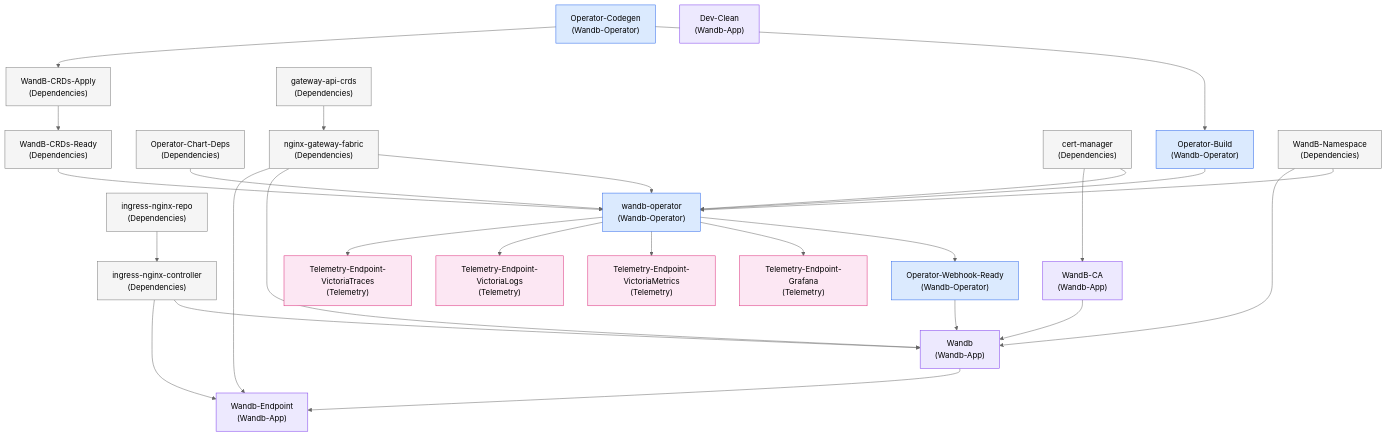
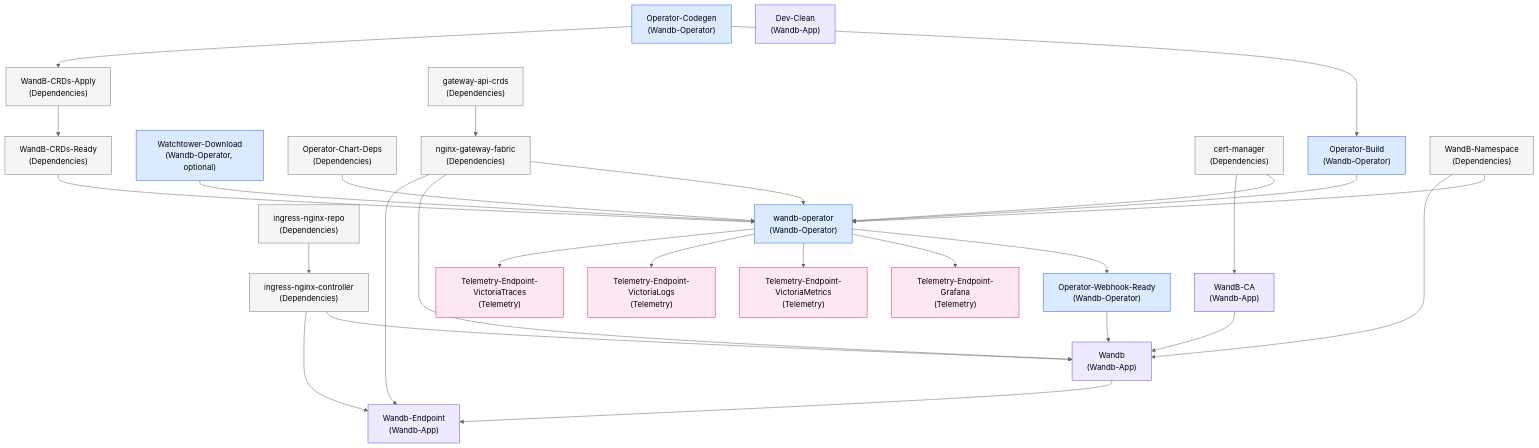
One commit to wandb/operator changed the diagram in docs/design/wandb_v2/tilt.md. Above: the diagram before and after it, drawn with Mermaid (neutral theme). The commit also changed other lines of this file and 3 other files, not shown here.

````diff
--- a/docs/design/wandb_v2/tilt.md
+++ b/docs/design/wandb_v2/tilt.md
@@ -22,69 +35,71 @@
 ```mermaid
 graph TD
     %% Bootstrap and dependencies
     operator_codegen["Operator-Codegen\n(Wandb-Operator)"]
     operator_build["Operator-Build\n(Wandb-Operator)"]
+    watchtower_download["Watchtower-Download\n(Wandb-Operator, optional)"]
     operator_chart_deps["Operator-Chart-Deps\n(Dependencies)"]
     wandb_crds_apply["WandB-CRDs-Apply\n(Dependencies)"]
     wandb_crds_ready["WandB-CRDs-Ready\n(Dependencies)"]
     cert_manager["cert-manager\n(Dependencies)"]
     gateway_api_crds["gateway-api-crds\n(Dependencies)"]
     nginx_gateway_fabric["nginx-gateway-fabric\n(Dependencies)"]
     ingress_nginx_repo["ingress-nginx-repo\n(Dependencies)"]
     ingress_nginx_controller["ingress-nginx-controller\n(Dependencies)"]
     wandb_namespace["WandB-Namespace\n(Dependencies)"]
 
     operator_codegen --> operator_build
     operator_codegen --> wandb_crds_apply
     wandb_crds_apply --> wandb_crds_ready
     gateway_api_crds --> nginx_gateway_fabric
     ingress_nginx_repo --> ingress_nginx_controller
 
     %% Operator install
     wandb_operator["wandb-operator\n(Wandb-Operator)"]
     operator_chart_deps --> wandb_operator
     operator_build --> wandb_operator
+    watchtower_download --> wandb_operator
     wandb_crds_ready --> wandb_operator
     cert_manager --> wandb_operator
     nginx_gateway_fabric --> wandb_operator
     wandb_namespace --> wandb_operator
 
     %% Webhook and W&B CR
     operator_webhook_ready["Operator-Webhook-Ready\n(Wandb-Operator)"]
     wandb_ca["WandB-CA\n(Wandb-App)"]
     wandb["Wandb\n(Wandb-App)"]
     wandb_endpoint["Wandb-Endpoint\n(Wandb-App)"]
     dev_clean["Dev-Clean\n(Wandb-App)"]
 
     wandb_operator --> operator_webhook_ready
     cert_manager --> wandb_ca
     operator_webhook_ready --> wandb
     wandb_namespace --> wandb
     wandb_ca --> wandb
     nginx_gateway_fabric --> wandb
     ingress_nginx_controller --> wandb
     wandb --> wandb_endpoint
     nginx_gateway_fabric --> wandb_endpoint
     ingress_nginx_controller --> wandb_endpoint
 
     %% Telemetry endpoint port-forwards
     telemetry_grafana["Telemetry-Endpoint-Grafana\n(Telemetry)"]
     telemetry_metrics["Telemetry-Endpoint-VictoriaMetrics\n(Telemetry)"]
     telemetry_logs["Telemetry-Endpoint-VictoriaLogs\n(Telemetry)"]
     telemetry_traces["Telemetry-Endpoint-VictoriaTraces\n(Telemetry)"]
 
     wandb_operator --> telemetry_grafana
     wandb_operator --> telemetry_metrics
     wandb_operator --> telemetry_logs
     wandb_operator --> telemetry_traces
 
     classDef dependencies fill:#f5f5f5,stroke:#777
     classDef operator fill:#dbeafe,stroke:#2563eb
     classDef wandb fill:#ede9fe,stroke:#7c3aed
     classDef telemetry fill:#fce7f3,stroke:#db2777
 
     class operator_chart_deps,wandb_crds_apply,wandb_crds_ready,cert_manager,gateway_api_crds,nginx_gateway_fabric,ingress_nginx_repo,ingress_nginx_controller,wandb_namespace dependencies
-    class operator_codegen,operator_build,wandb_operator,operator_webhook_ready operator
+    class operator_codegen,operator_build,watchtower_download,wandb_operator,operator_webhook_ready operator
     class wandb_ca,wandb,wandb_endpoint,dev_clean wandb
     class telemetry_grafana,telemetry_metrics,telemetry_logs,telemetry_traces telemetry
 ```
````
